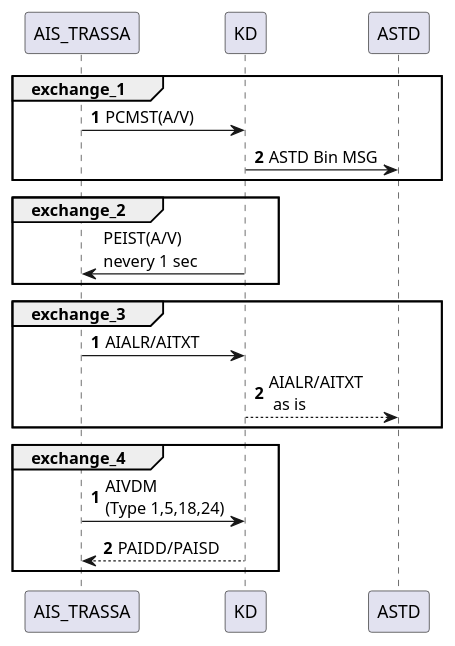
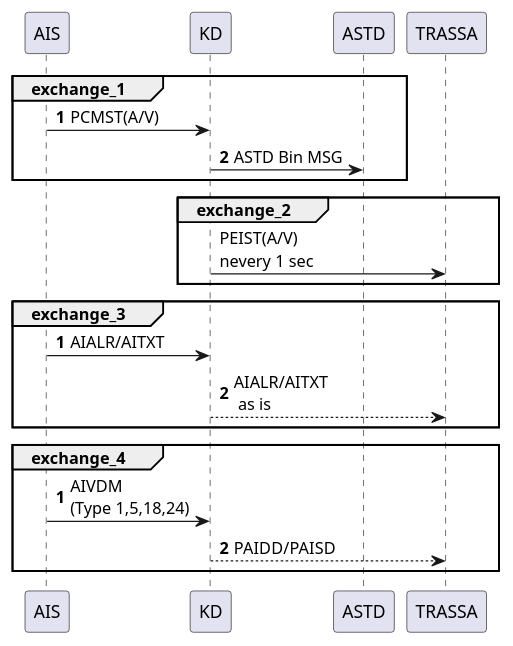
One commit to slukashenkov/fw_v2 changed the diagram in test_bl/test_trassa_plugin/resources_trassa/plugin_diagram.md. Above: the diagram before and after it, drawn with PlantUML. The commit also changed 21 other files, not shown here.

Commit message:
AITXT, AIALR messages using pynmea2 lib code

````diff
--- a/test_bl/test_trassa_plugin/resources_trassa/plugin_diagram.md
+++ b/test_bl/test_trassa_plugin/resources_trassa/plugin_diagram.md
@@ -1,31 +1,33 @@
 ```puml
 @startuml
-participant AIS_TRASSA 
+participant AIS 
 participant KD  
 participant ASTD 
+participant TRASSA
+
 
 
 autonumber 01
 group exchange_1
-    AIS_TRASSA ->KD: PCMST(A/V)
+    AIS ->KD: PCMST(A/V)
     KD ->ASTD: ASTD Bin MSG
 end
 
 autonumber stop
 group exchange_2
-KD -> AIS_TRASSA: PEIST(A/V)\nnevery 1 sec
+KD -> TRASSA: PEIST(A/V)\nnevery 1 sec
 end
 autonumber 01
 group exchange_3
-    AIS_TRASSA ->KD: AIALR/AITXT 
-    KD -->ASTD: AIALR/AITXT\n as is
+    AIS ->KD: AIALR/AITXT 
+    KD -->TRASSA: AIALR/AITXT\n as is
 end
 autonumber stop
 autonumber 01
 group exchange_4
-    AIS_TRASSA ->KD: AIVDM\n(Type 1,5,18,24) 
-    KD -->AIS_TRASSA: PAIDD/PAISD
+    AIS ->KD: AIVDM\n(Type 1,5,18,24) 
+    KD -->TRASSA: PAIDD/PAISD
 end
 autonumber stop
 @enduml
 ```
````
